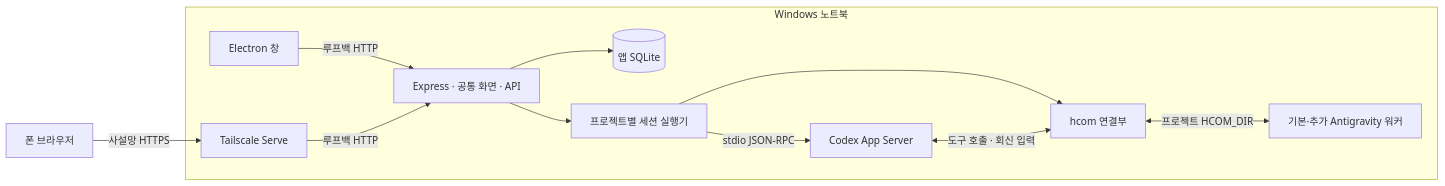
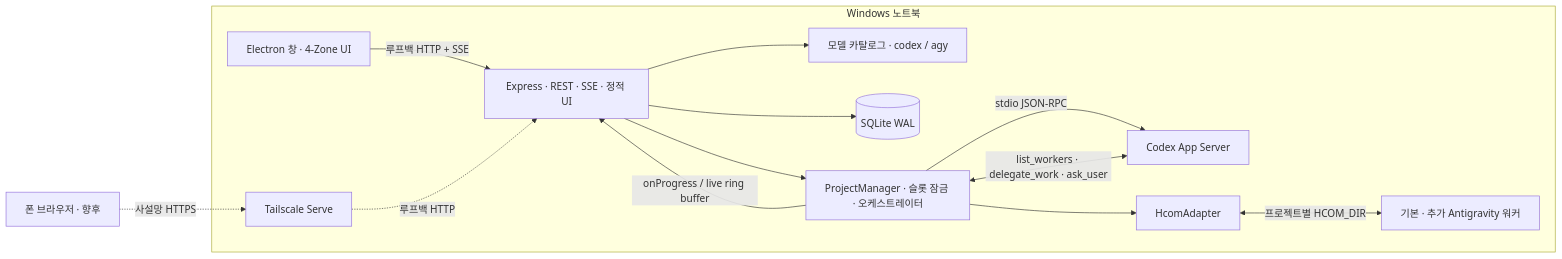
The diagram in docs/design/architecture.md (jehee826/hcom_GUI), drawn with Mermaid before and after one commit. The commit also changed other lines of this file and 2 other files, not shown here.

Commit message:
docs: 아키텍처 최신화 및 plan.md(Codex Desktop 스타일 UI 개편 계획) 정리

````diff
--- a/docs/design/architecture.md
+++ b/docs/design/architecture.md
@@ -34,14 +40,16 @@
 ```mermaid
 flowchart LR
-    phone[폰 브라우저] -->|사설망 HTTPS| serve[Tailscale Serve]
+    phone[폰 브라우저 · 향후] -.->|사설망 HTTPS| serve[Tailscale Serve]
     subgraph laptop[Windows 노트북]
-        desktop[Electron 창] -->|루프백 HTTP| local[Express · 공통 화면 · API]
-        serve -->|루프백 HTTP| local
-        local --> db[(앱 SQLite)]
-        local --> runner[프로젝트별 세션 실행기]
+        desktop[Electron 창 · 4-Zone UI] -->|루프백 HTTP + SSE| local[Express · REST · SSE · 정적 UI]
+        serve -.->|루프백 HTTP| local
+        local --> models[모델 카탈로그 · codex / agy]
+        local --> db[(SQLite WAL)]
+        local --> runner[ProjectManager · 슬롯 잠금 · 오케스트레이터]
         runner -->|stdio JSON-RPC| codex[Codex App Server]
-        runner --> link[hcom 연결부]
-        codex <-->|도구 호출 · 회신 입력| link
-        link <-->|프로젝트 HCOM_DIR| agy[기본·추가 Antigravity 워커]
+        runner -->|onProgress / live ring buffer| local
+        runner --> link[HcomAdapter]
+        codex <-->|list_workers · delegate_work · ask_user| runner
+        link <-->|프로젝트별 HCOM_DIR| agy[기본 · 추가 Antigravity 워커]
     end
 ```
````
